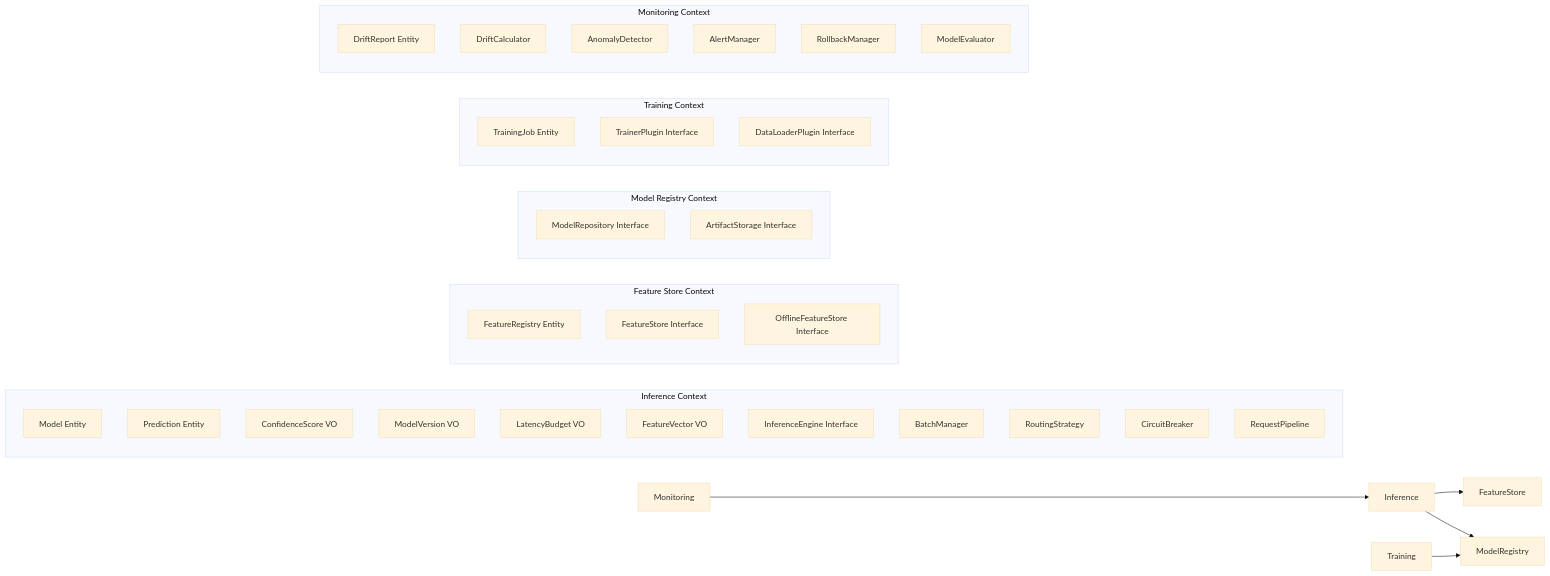
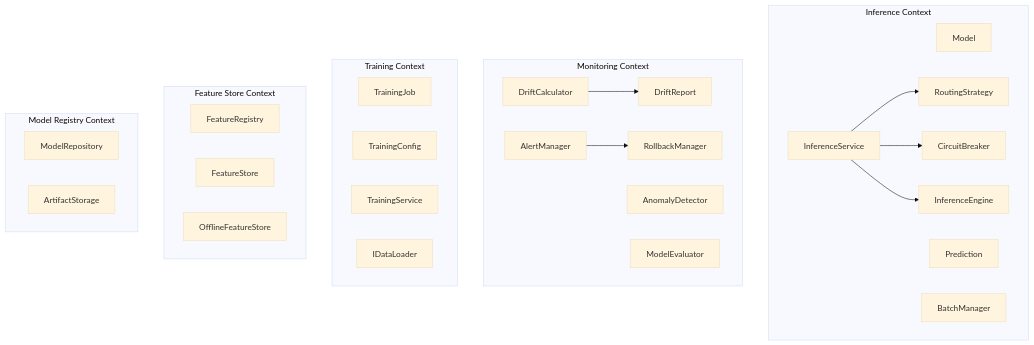
The diagram in docs/architecture/ddd-overview.md (vtnguyen04/phoenix_ML), drawn with Mermaid (base theme) before and after one commit. The commit also changed other lines of this file and 20 other files, not shown here.

````diff
--- a/docs/architecture/ddd-overview.md
+++ b/docs/architecture/ddd-overview.md
@@ -5,47 +20,45 @@
 ```mermaid
-graph LR
+graph TB
     subgraph "Inference Context"
-        Model[Model Entity]
-        Prediction[Prediction Entity]
-        ConfScore[ConfidenceScore VO]
-        ModelVer[ModelVersion VO]
-        LatBudget[LatencyBudget VO]
-        FeatVec[FeatureVector VO]
-        InfEngine[InferenceEngine Interface]
-        BatchMgr[BatchManager]
-        Router[RoutingStrategy]
+        M[Model]
+        P[Prediction]
+        IE[InferenceEngine]
+        IS[InferenceService]
+        RS[RoutingStrategy]
         CB[CircuitBreaker]
-        Pipeline[RequestPipeline]
+        BM[BatchManager]
     end
-
+    
+    subgraph "Monitoring Context"
+        DR[DriftReport]
+        DC[DriftCalculator]
+        AM[AlertManager]
+        AD[AnomalyDetector]
+        RM[RollbackManager]
+        ME[ModelEvaluator]
+    end
+    
+    subgraph "Training Context"
+        TJ[TrainingJob]
+        TC[TrainingConfig]
+        TS[TrainingService]
+        DL[IDataLoader]
+    end
+    
     subgraph "Feature Store Context"
-        FeatReg[FeatureRegistry Entity]
-        FeatStore[FeatureStore Interface]
-        OfflineStore[OfflineFeatureStore Interface]
+        FR[FeatureRegistry]
+        FS[FeatureStore]
+        OFS[OfflineFeatureStore]
     end
-
+    
     subgraph "Model Registry Context"
-        ModelRepo[ModelRepository Interface]
-        ArtifactStore[ArtifactStorage Interface]
+        MR[ModelRepository]
+        AS[ArtifactStorage]
     end
-
-    subgraph "Training Context"
-        TrainJob[TrainingJob Entity]
-        TrainerPlugin[TrainerPlugin Interface]
-        DataLoaderPlugin[DataLoaderPlugin Interface]
-    end
-
-    subgraph "Monitoring Context"
-        DriftReport[DriftReport Entity]
-        DriftCalc[DriftCalculator]
-        AnomalyDet[AnomalyDetector]
-        AlertMgr[AlertManager]
-        RollbackMgr[RollbackManager]
-        ModelEval[ModelEvaluator]
-    end
-
-    Inference --> FeatureStore
-    Inference --> ModelRegistry
-    Monitoring --> Inference
-    Training --> ModelRegistry
+    
+    IS --> RS
+    IS --> CB
+    IS --> IE
+    DC --> DR
+    AM --> RM
 ```
````
